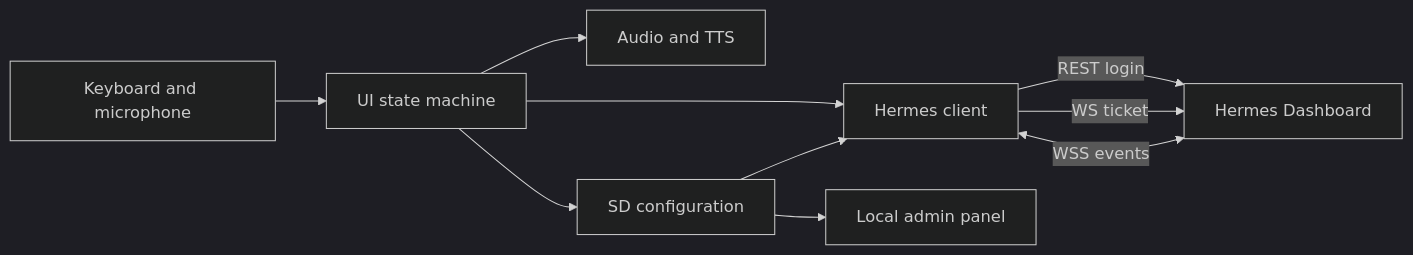
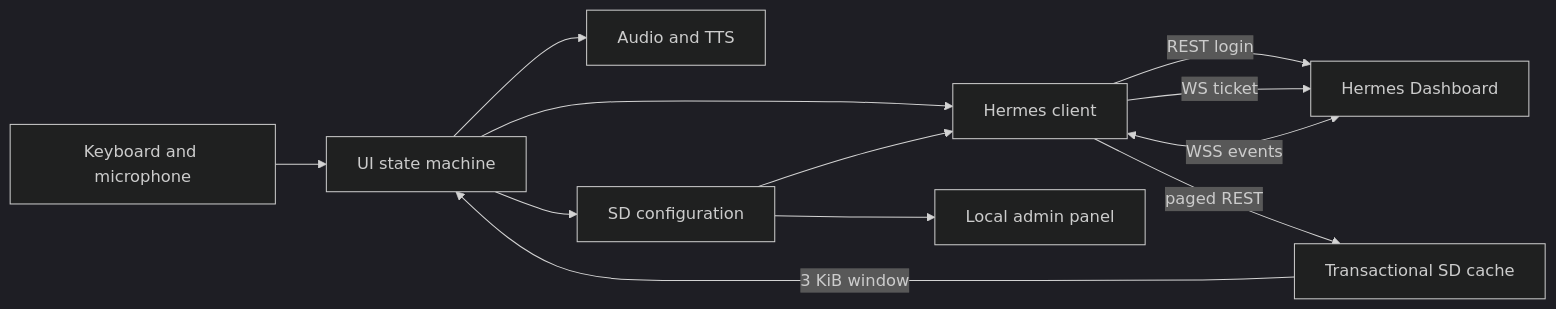
One commit to m0rg0t/cardputer-hermes-terminal changed the diagram in docs/ARCHITECTURE.md. Above: the diagram before and after it, drawn with Mermaid (dark theme). The commit also changed other lines of this file and 29 other files, not shown here.

````diff
--- a/docs/ARCHITECTURE.md
+++ b/docs/ARCHITECTURE.md
@@ -5,12 +7,14 @@
 ```mermaid
 flowchart LR
     K[Keyboard and microphone] --> UI[UI state machine]
     UI --> HC[Hermes client]
     HC -->|REST login| D[Hermes Dashboard]
     HC -->|WS ticket| D
     HC <-->|WSS events| D
     UI --> A[Audio and TTS]
     UI --> S[SD configuration]
+    HC -->|paged REST| C[Transactional SD cache]
+    C -->|3 KiB window| UI
     S --> HC
     S --> WA[Local admin panel]
 ```
````
